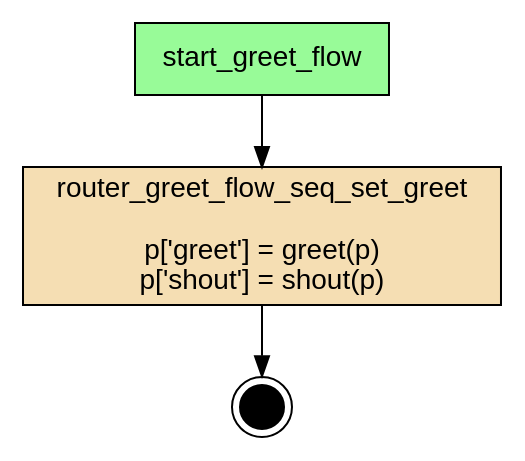
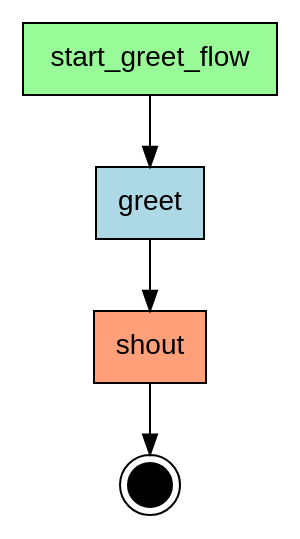
Before and after one commit to deliveryhero/asya: the diagram in examples/demo-skaffold/compiled/greet-flow/artifacts/flow.dot, drawn with Graphviz. The commit also changed 12 other files, not shown here.

```diff
--- a/examples/demo-skaffold/compiled/greet-flow/artifacts/flow.dot
+++ b/examples/demo-skaffold/compiled/greet-flow/artifacts/flow.dot
@@ -1,14 +1,16 @@
 digraph "greet_flow" {
     rankdir=TB;
     node [shape=box, style=filled, fontname="Helvetica"];
 
     { rank=source; start_greet_flow; }
 
-    router_greet_flow_seq_set_greet [label="router_greet_flow_seq_set_greet\n\np['greet'] = greet(p)\np['shout'] = shout(p)", fillcolor=wheat];
+    greet [label="greet", fillcolor=lightblue];
+    shout [label="shout", fillcolor=lightsalmon];
     start_greet_flow [label="start_greet_flow", fillcolor=palegreen];
 
     __end__ [label="", shape=doublecircle, fillcolor=black, width=0.3, fixedsize=true];
 
-    start_greet_flow -> router_greet_flow_seq_set_greet;
-    router_greet_flow_seq_set_greet -> __end__;
+    start_greet_flow -> greet;
+    greet -> shout;
+    shout -> __end__;
 }
```
